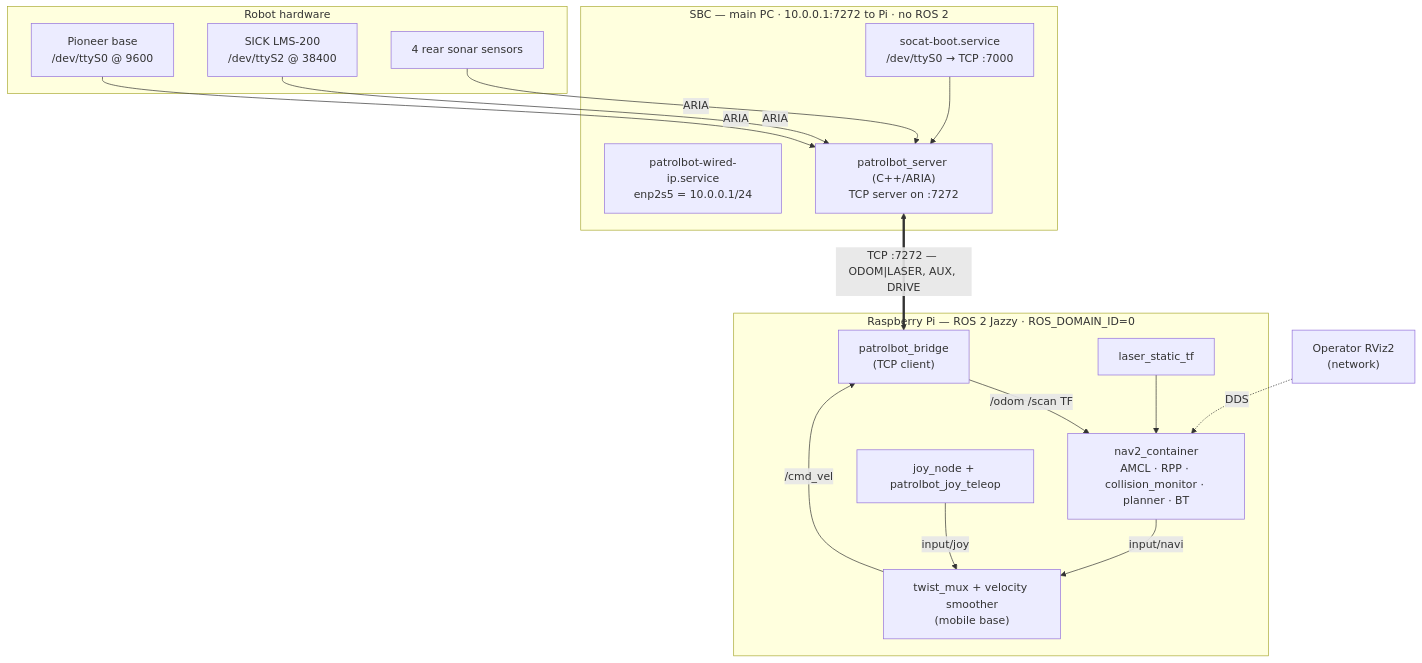
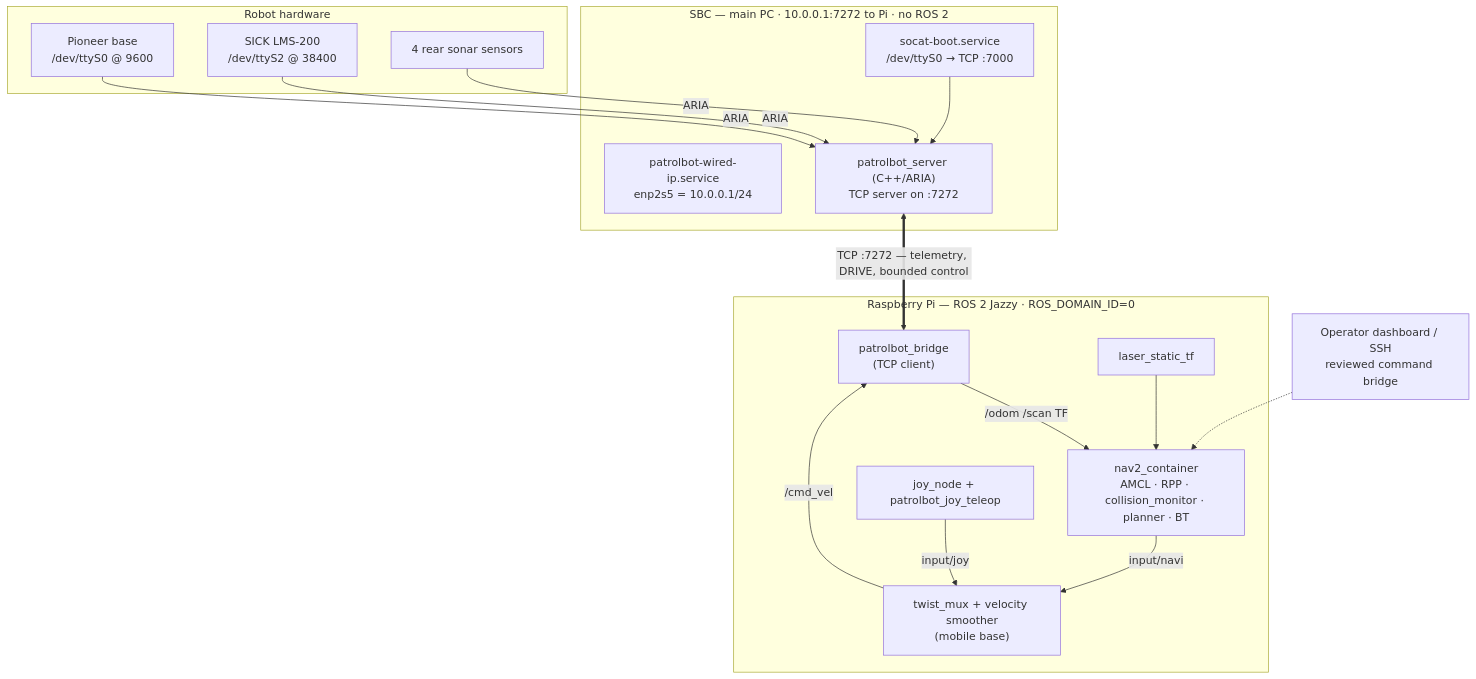
Before and after one commit to cmu-impactlab/patrolbot: the first of 2 diagrams in docs/architecture/overview.md, drawn with Mermaid. The commit also changed other lines of this file and 38 other files, not shown here.

````diff
--- a/docs/architecture/overview.md
+++ b/docs/architecture/overview.md
@@ -42,35 +42,35 @@
 ```mermaid
 flowchart TB
     subgraph SBC["SBC — main PC · 10.0.0.1:7272 to Pi · no ROS 2"]
         WIRED["patrolbot-wired-ip.service\nenp2s5 = 10.0.0.1/24"]
         SOCAT["socat-boot.service\n/dev/ttyS0 → TCP :7000"]
         SERVER["patrolbot_server (C++/ARIA)\nTCP server on :7272"]
         SOCAT --> SERVER
     end
 
     subgraph HW["Robot hardware"]
         BASE["Pioneer base\n/dev/ttyS0 @ 9600"]
         LASER["SICK LMS-200\n/dev/ttyS2 @ 38400"]
         SONAR["4 rear sonar sensors"]
     end
 
     BASE -- ARIA --> SERVER
     LASER -- ARIA --> SERVER
     SONAR -- ARIA --> SERVER
 
     subgraph PI["Raspberry Pi — ROS 2 Jazzy · ROS_DOMAIN_ID=0"]
         BRIDGE["patrolbot_bridge\n(TCP client)"]
         NAVCON["nav2_container\nAMCL · RPP · collision_monitor · planner · BT"]
         MUX["twist_mux + velocity smoother\n(mobile base)"]
         JOY["joy_node + patrolbot_joy_teleop"]
         TF["laser_static_tf"]
         BRIDGE -->|"/odom /scan TF"| NAVCON
         TF --> NAVCON
         NAVCON -->|"input/navi"| MUX
         JOY -->|"input/joy"| MUX
         MUX -->|"/cmd_vel"| BRIDGE
     end
 
-    SERVER <==>|"TCP :7272 — ODOM|LASER, AUX, DRIVE"| BRIDGE
-    OP["Operator RViz2\n(network)"] -.->|"DDS"| NAVCON
+    SERVER <==>|"TCP :7272 — telemetry, DRIVE, bounded control"| BRIDGE
+    OP["Operator dashboard / SSH\nreviewed command bridge"] -.-> NAVCON
 ```
````
